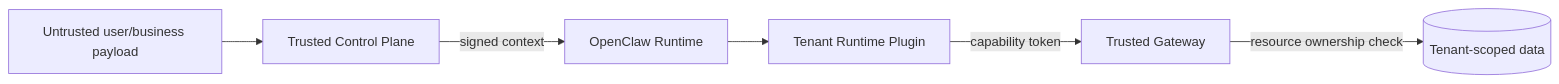
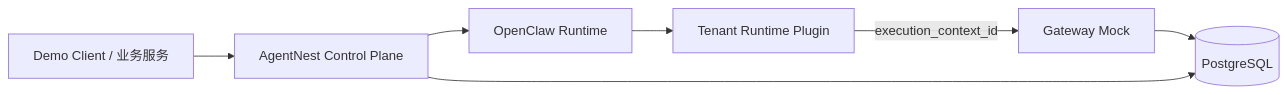
The diagram in docs/security-isolation.md (liuchuang164/AgentNest), drawn with Mermaid before and after one commit. The commit also changed other lines of this file, not shown here.

Commit message:
docs: replace zero-trust design with demo security baseline

````diff
--- a/docs/security-isolation.md
+++ b/docs/security-isolation.md
@@ -68,15 +18,16 @@
 ```mermaid
 flowchart LR
-    U[Untrusted user/business payload]
-    CP[Trusted Control Plane]
+    Client[Demo Client / 业务服务]
+    CP[AgentNest Control Plane]
     OC[OpenClaw Runtime]
-    P[Tenant Runtime Plugin]
-    G[Trusted Gateway]
-    D[(Tenant-scoped data)]
+    Plugin[Tenant Runtime Plugin]
+    GW[Gateway Mock]
+    PG[(PostgreSQL)]
 
-    U --> CP
-    CP -->|signed context| OC
-    OC --> P
-    P -->|capability token| G
-    G -->|resource ownership check| D
+    Client --> CP
+    CP --> OC
+    OC --> Plugin
+    Plugin -->|execution_context_id| GW
+    GW --> PG
+    CP --> PG
 ```
````
